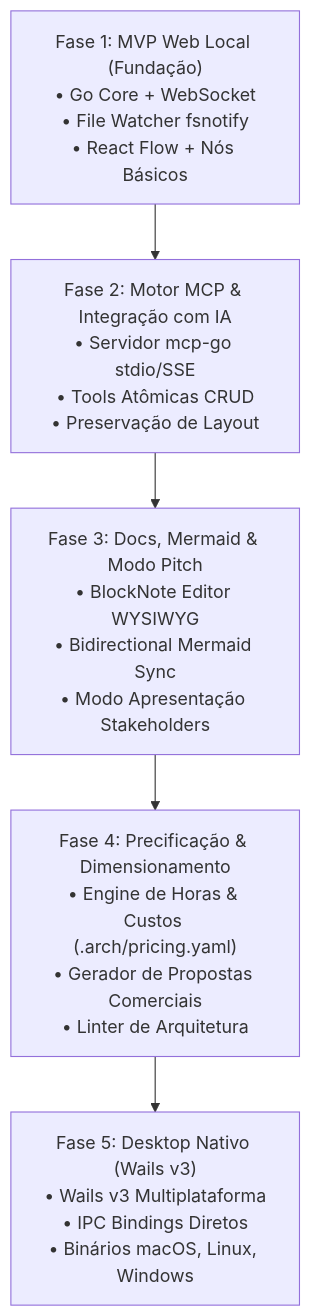
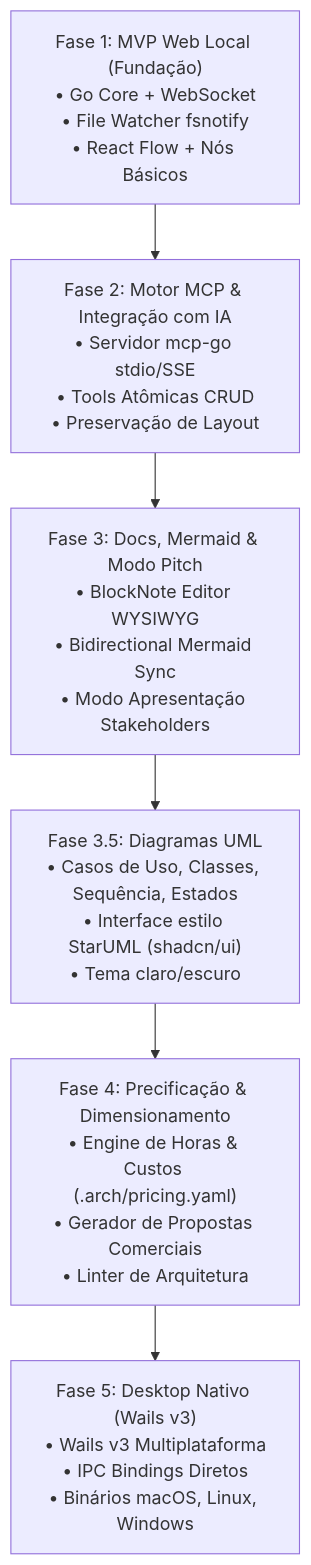
One commit to VS-7/arch-studio changed the third of 3 diagrams in PRD.md. Above: the diagram before and after it, drawn with Mermaid. The commit also changed other lines of this file and 79 other files, not shown here.

First line of the commit message:
Adiciona diagramas UML e interface estilo StarUML com shadcn/ui

````diff
--- a/PRD.md
+++ b/PRD.md
@@ -476,7 +497,8 @@
 ```mermaid
 flowchart TD
     Fase1["Fase 1: MVP Web Local (Fundação)<br>• Go Core + WebSocket<br>• File Watcher fsnotify<br>• React Flow + Nós Básicos"] --> Fase2["Fase 2: Motor MCP & Integração com IA<br>• Servidor mcp-go stdio/SSE<br>• Tools Atômicas CRUD<br>• Preservação de Layout"]
     Fase2 --> Fase3["Fase 3: Docs, Mermaid & Modo Pitch<br>• BlockNote Editor WYSIWYG<br>• Bidirectional Mermaid Sync<br>• Modo Apresentação Stakeholders"]
-    Fase3 --> Fase4["Fase 4: Precificação & Dimensionamento<br>• Engine de Horas & Custos (.arch/pricing.yaml)<br>• Gerador de Propostas Comerciais<br>• Linter de Arquitetura"]
+    Fase3 --> Fase35["Fase 3.5: Diagramas UML<br>• Casos de Uso, Classes, Sequência, Estados<br>• Interface estilo StarUML (shadcn/ui)<br>• Tema claro/escuro"]
+    Fase35 --> Fase4["Fase 4: Precificação & Dimensionamento<br>• Engine de Horas & Custos (.arch/pricing.yaml)<br>• Gerador de Propostas Comerciais<br>• Linter de Arquitetura"]
     Fase4 --> Fase5["Fase 5: Desktop Nativo (Wails v3)<br>• Wails v3 Multiplataforma<br>• IPC Bindings Diretos<br>• Binários macOS, Linux, Windows"]
 ```
````
